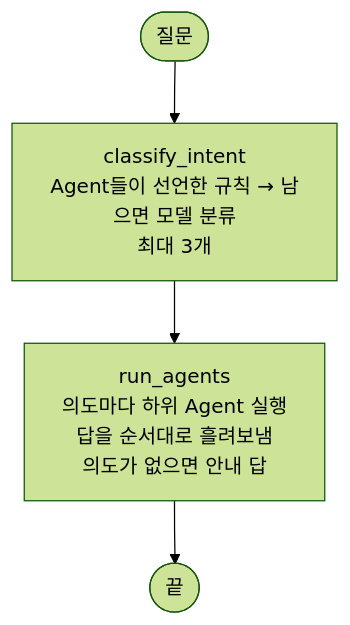
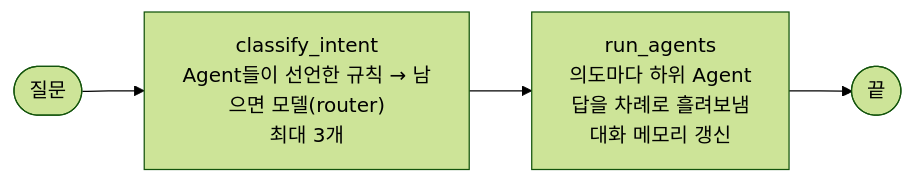
One commit to dlhwang/StudyNotes changed the second of 2 diagrams in docs/01-구조.md. Above: the diagram before and after it, drawn with Mermaid (forest theme). The commit also changed other lines of this file and 8 other files, not shown here.

````diff
--- a/docs/01-구조.md
+++ b/docs/01-구조.md
@@ -55,6 +48,6 @@
 ```mermaid
-flowchart TB
-    S([질문]) --> CI["classify_intent<br/>Agent들이 선언한 규칙 → 남으면 모델 분류<br/>최대 3개"]
-    CI --> RA["run_agents<br/>의도마다 하위 Agent 실행<br/>답을 순서대로 흘려보냄<br/>의도가 없으면 안내 답"]
-    RA --> F([끝])
+flowchart LR
+    S([질문]) --> CI["classify_intent<br/>Agent들이 선언한 규칙 → 남으면 모델(router)<br/>최대 3개"]
+    CI --> RA["run_agents<br/>의도마다 하위 Agent<br/>답을 차례로 흘려보냄<br/>대화 메모리 갱신"]
+    RA --> E([끝])
 ```
````
